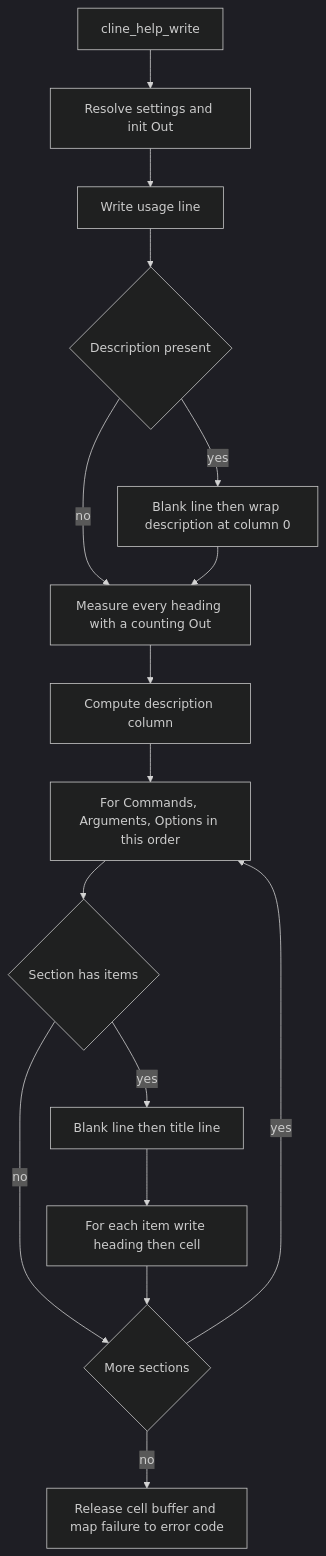
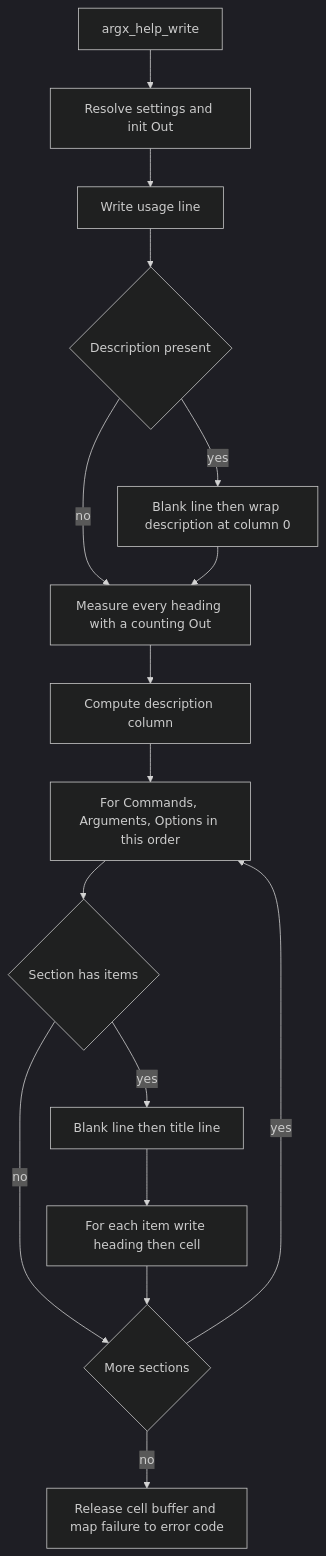
One commit to ktdevx/cargs changed the second of 2 diagrams in .kiro/specs/help-formatter/design.md. Above: the diagram before and after it, drawn with Mermaid (dark theme). The commit also changed other lines of this file and 177 other files, not shown here.

````diff
--- a/.kiro/specs/help-formatter/design.md
+++ b/.kiro/specs/help-formatter/design.md
@@ -237,18 +237,18 @@
 ```mermaid
 flowchart TD
-    Start[cline_help_write] --> Init[Resolve settings and init Out]
+    Start[argx_help_write] --> Init[Resolve settings and init Out]
     Init --> Usage[Write usage line]
     Usage --> Desc{Description present}
     Desc -- yes --> WriteDesc[Blank line then wrap description at column 0]
     Desc -- no --> Measure
     WriteDesc --> Measure[Measure every heading with a counting Out]
     Measure --> Column[Compute description column]
     Column --> Sections[For Commands, Arguments, Options in this order]
     Sections --> Empty{Section has items}
     Empty -- no --> Next
     Empty -- yes --> Title[Blank line then title line]
     Title --> Item[For each item write heading then cell]
     Item --> Next{More sections}
     Next -- yes --> Sections
     Next -- no --> Finish[Release cell buffer and map failure to error code]
 ```
````
